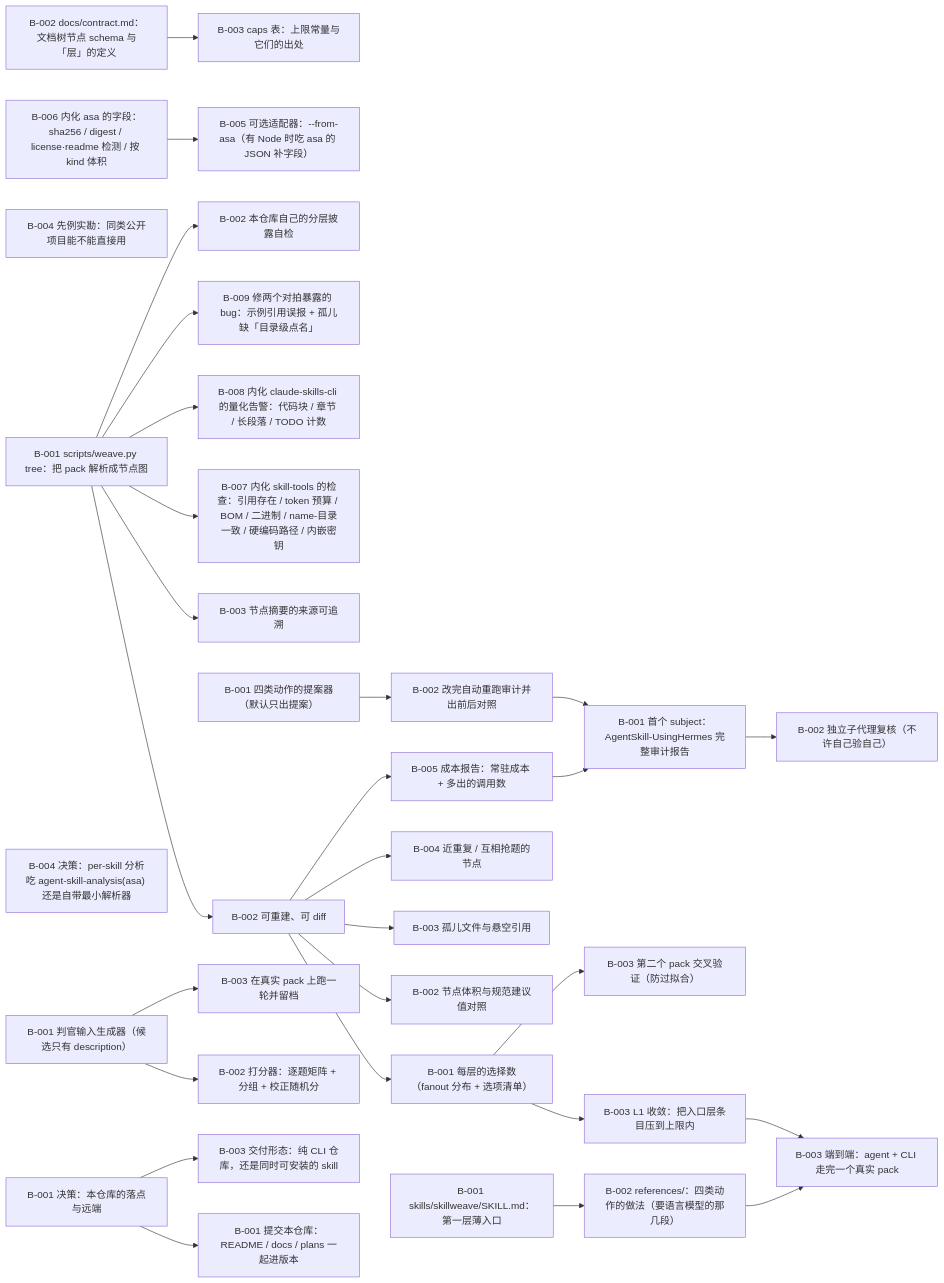
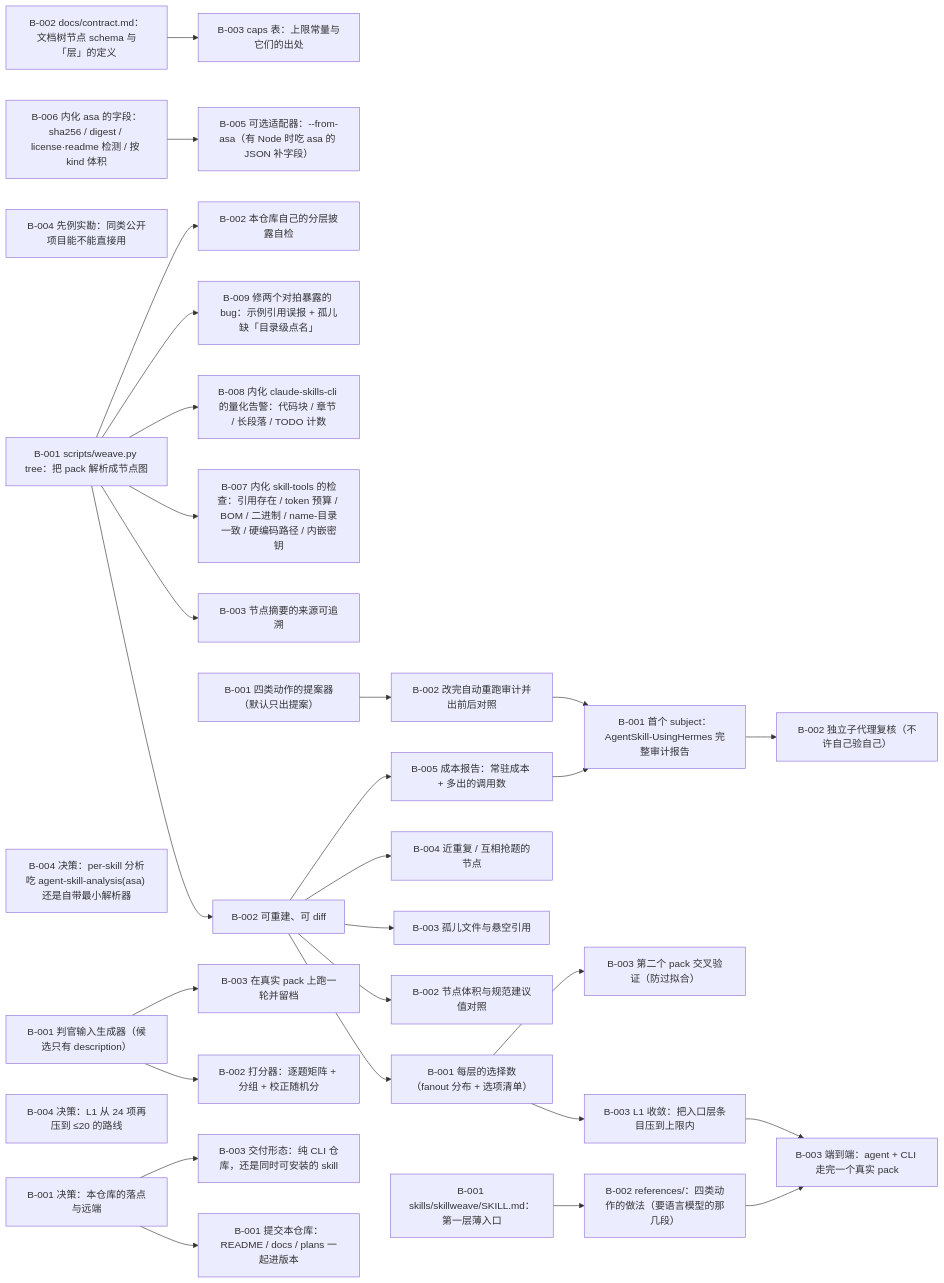
One commit to flmaximwang/SkillWeave changed the diagram in plans/skillweave/PLAN.md. Above: the diagram before and after it, drawn with Mermaid. The commit also changed other lines of this file and 14 other files, not shown here.

````diff
--- a/plans/skillweave/PLAN.md
+++ b/plans/skillweave/PLAN.md
@@ -17,70 +18,73 @@
 ```mermaid
 flowchart LR
   T-001_B-001["B-001 决策：本仓库的落点与远端"]
   T-001_B-002["B-002 docs/contract.md：文档树节点 schema 与「层」的定义"]
   T-001_B-003["B-003 caps 表：上限常量与它们的出处"]
   T-001_B-004["B-004 先例实勘：同类公开项目能不能直接用"]
   T-002_B-001["B-001 scripts/weave.py tree：把 pack 解析成节点图"]
   T-002_B-002["B-002 可重建、可 diff"]
   T-002_B-003["B-003 节点摘要的来源可追溯"]
   T-002_B-004["B-004 决策：per-skill 分析吃 agent-skill-analysis(asa) 还是自带最小解析器"]
   T-002_B-005["B-005 可选适配器：--from-asa（有 Node 时吃 asa 的 JSON 补字段）"]
   T-003_B-001["B-001 每层的选择数（fanout 分布 + 选项清单）"]
   T-003_B-002["B-002 节点体积与规范建议值对照"]
   T-003_B-003["B-003 孤儿文件与悬空引用"]
   T-003_B-004["B-004 近重复 / 互相抢题的节点"]
   T-003_B-005["B-005 成本报告：常驻成本 + 多出的调用数"]
   T-003_B-006["B-006 内化 asa 的字段：sha256 / digest / license·readme 检测 / 按 kind 体积"]
   T-003_B-007["B-007 内化 skill-tools 的检查：引用存在 / token 预算 / BOM / 二进制 / name-目录一致 / 硬编码路径 / 内嵌密钥"]
   T-003_B-008["B-008 内化 claude-skills-cli 的量化告警：代码块 / 章节 / 长段落 / TODO 计数"]
   T-003_B-009["B-009 修两个对拍暴露的 bug：示例引用误报 + 孤儿缺「目录级点名」"]
   T-004_B-001["B-001 四类动作的提案器（默认只出提案）"]
   T-004_B-002["B-002 改完自动重跑审计并出前后对照"]
   T-004_B-003["B-003 L1 收敛：把入口层条目压到上限内"]
+  T-004_B-004["B-004 决策：L1 从 24 项再压到 ≤20 的路线"]
   T-005_B-001["B-001 判官输入生成器（候选只有 description）"]
   T-005_B-002["B-002 打分器：逐题矩阵 + 分组 + 校正随机分"]
   T-005_B-003["B-003 在真实 pack 上跑一轮并留档"]
   T-006_B-001["B-001 首个 subject：AgentSkill-UsingHermes 完整审计报告"]
   T-006_B-002["B-002 独立子代理复核（不许自己验自己）"]
   T-006_B-003["B-003 第二个 pack 交叉验证（防过拟合）"]
   T-007_B-001["B-001 提交本仓库：README / docs / plans 一起进版本"]
   T-007_B-002["B-002 本仓库自己的分层披露自检"]
   T-007_B-003["B-003 交付形态：纯 CLI 仓库，还是同时可安装的 skill"]
   T-008_B-001["B-001 skills/skillweave/SKILL.md：第一层薄入口"]
   T-008_B-002["B-002 references/：四类动作的做法（要语言模型的那几段）"]
   T-008_B-003["B-003 端到端：agent + CLI 走完一个真实 pack"]
   T-001_B-002 --> T-001_B-003
   T-002_B-001 --> T-002_B-002
   T-002_B-001 --> T-002_B-003
   T-003_B-006 --> T-002_B-005
   T-002_B-002 --> T-003_B-001
   T-002_B-002 --> T-003_B-002
   T-002_B-002 --> T-003_B-003
   T-002_B-002 --> T-003_B-004
   T-002_B-002 --> T-003_B-005
   T-002_B-001 --> T-003_B-007
   T-002_B-001 --> T-003_B-008
   T-002_B-001 --> T-003_B-009
   T-004_B-001 --> T-004_B-002
   T-003_B-001 --> T-004_B-003
   T-005_B-001 --> T-005_B-002
   T-005_B-001 --> T-005_B-003
   T-003_B-005 --> T-006_B-001
   T-004_B-002 --> T-006_B-001
   T-006_B-001 --> T-006_B-002
   T-003_B-001 --> T-006_B-003
   T-001_B-001 --> T-007_B-001
   T-002_B-001 --> T-007_B-002
   T-001_B-001 --> T-007_B-003
   T-008_B-001 --> T-008_B-002
   T-008_B-002 --> T-008_B-003
   T-004_B-003 --> T-008_B-003
   classDef done stroke-width:1px;
-  class T-001_B-001,T-001_B-002,T-001_B-003,T-001_B-004,T-002_B-001,T-002_B-002,T-002_B-003,T-002_B-004,T-003_B-001,T-003_B-002,T-003_B-003,T-003_B-004,T-003_B-005,T-003_B-006,T-003_B-007,T-003_B-008,T-003_B-009,T-004_B-002,T-005_B-001,T-005_B-002,T-005_B-003,T-006_B-003,T-007_B-001,T-007_B-002,T-007_B-003,T-008_B-001,T-008_B-002 done;
+  class T-001_B-001,T-001_B-002,T-001_B-003,T-001_B-004,T-002_B-001,T-002_B-002,T-002_B-003,T-002_B-004,T-003_B-001,T-003_B-002,T-003_B-003,T-003_B-004,T-003_B-005,T-003_B-006,T-003_B-007,T-003_B-008,T-003_B-009,T-004_B-002,T-004_B-003,T-005_B-001,T-005_B-002,T-005_B-003,T-006_B-003,T-007_B-001,T-007_B-002,T-007_B-003,T-008_B-001,T-008_B-002 done;
   classDef cancelled stroke-width:1px;
   class T-002_B-005 cancelled;
   classDef claimed stroke-width:1px;
-  class T-004_B-001,T-004_B-003,T-006_B-001 claimed;
+  class T-004_B-001,T-006_B-001,T-008_B-003 claimed;
+  classDef blocked stroke-width:1px;
+  class T-004_B-004 blocked;
   classDef waiting stroke-width:1px;
-  class T-006_B-002,T-008_B-003 waiting;
+  class T-006_B-002 waiting;
 ```
````
